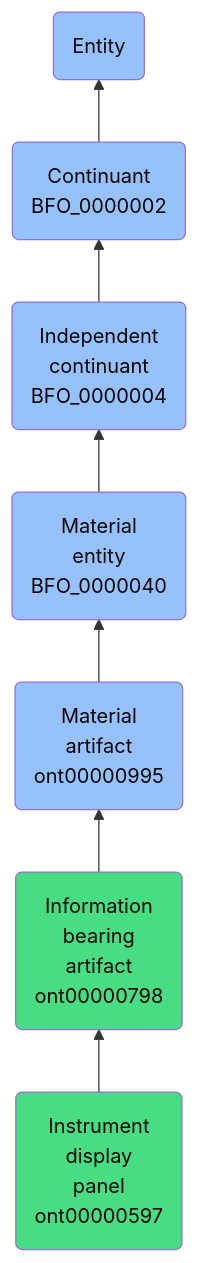
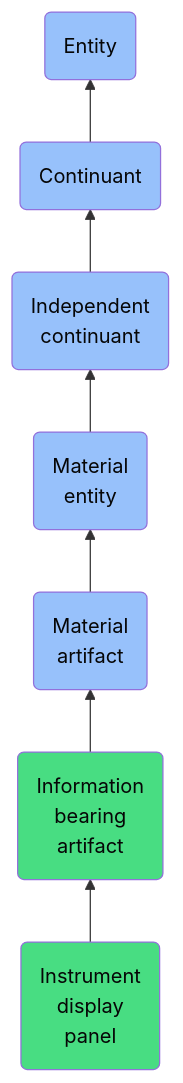
One commit to jupyter-naas/abi changed the diagram in docs/ontology/reference/model/Entity/Continuant/Independent continuant/Material entity/Material artifact/Information bearing artifact/Instrument display panel/Instrument display panel.md. Above: the diagram before and after it, drawn with Mermaid. The commit also changed other lines of this file and 1430 other files, not shown here.

````diff
--- a/docs/ontology/reference/model/Entity/Continuant/Independent continuant/Material entity/Material artifact/Information bearing artifact/Instrument display panel/Instrument display panel.md
+++ b/docs/ontology/reference/model/Entity/Continuant/Independent continuant/Material entity/Material artifact/Information bearing artifact/Instrument display panel/Instrument display panel.md
@@ -24,14 +24,14 @@
 ```mermaid
 graph BT
-    ont00000597(Instrument<br>display<br>panel<br>ont00000597):::ABI-->ont00000798
-    ont00000798(Information<br>bearing<br>artifact<br>ont00000798):::ABI-->ont00000995
-    ont00000995(Material<br>artifact<br>ont00000995):::BFO-->BFO_0000040
-    BFO_0000040(Material<br>entity<br>BFO_0000040):::BFO-->BFO_0000004
-    BFO_0000004(Independent<br>continuant<br>BFO_0000004):::BFO-->BFO_0000002
-    BFO_0000002(Continuant<br>BFO_0000002):::BFO-->BFO_0000001
+    ont00000597(Instrument<br>display<br>panel):::ABI-->ont00000798
+    ont00000798(Information<br>bearing<br>artifact):::ABI-->ont00000995
+    ont00000995(Material<br>artifact):::BFO-->BFO_0000040
+    BFO_0000040(Material<br>entity):::BFO-->BFO_0000004
+    BFO_0000004(Independent<br>continuant):::BFO-->BFO_0000002
+    BFO_0000002(Continuant):::BFO-->BFO_0000001
     BFO_0000001(Entity):::BFO
     
     classDef BFO fill:#97c1fb,color:#060606
     classDef CCO fill:#e4c51e,color:#060606
     classDef ABI fill:#48DD82,color:#060606
 ```
````
